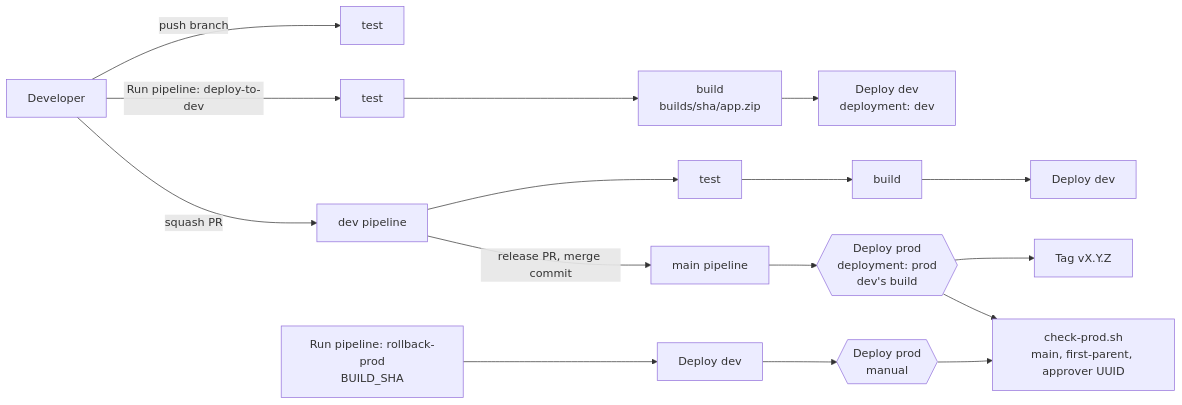
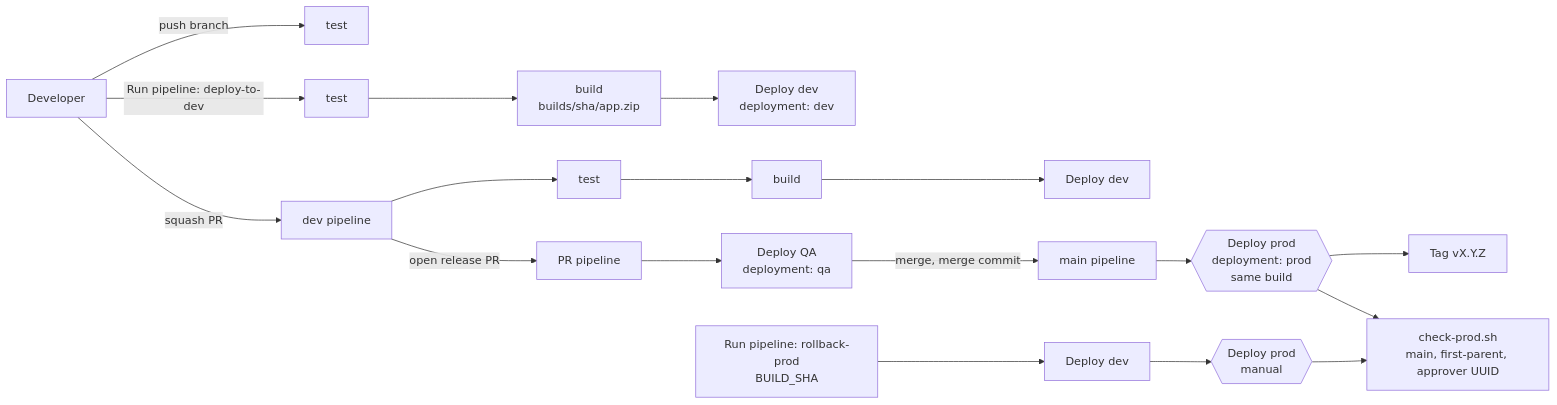
Before and after one commit to artyfartymarty/aws-cicd-pipeline: the first of 2 diagrams in docs/vault/Yield work pattern.md, drawn with Mermaid. The commit also changed other lines of this file and 21 other files, not shown here.

First line of the commit message:
Add a QA environment that release PRs deploy before prod

````diff
--- a/docs/vault/Yield work pattern.md
+++ b/docs/vault/Yield work pattern.md
@@ -22,10 +23,11 @@
 ```mermaid
 flowchart LR
   dev[Developer] -->|push branch| t[test]
   dev -->|Run pipeline: deploy-to-dev| t2[test] --> b[build<br/>builds/sha/app.zip] --> d[Deploy dev<br/>deployment: dev]
   dev -->|squash PR| dp[dev pipeline] --> t3[test] --> b2[build] --> d2[Deploy dev]
-  dp -->|release PR, merge commit| m[main pipeline] --> p{{Deploy prod<br/>deployment: prod<br/>dev's build}} --> tg[Tag vX.Y.Z]
+  dp -->|open release PR| q[PR pipeline] --> dq[Deploy QA<br/>deployment: qa]
+  dq -->|merge, merge commit| m[main pipeline] --> p{{Deploy prod<br/>deployment: prod<br/>same build}} --> tg[Tag vX.Y.Z]
   rel[Run pipeline: rollback-prod<br/>BUILD_SHA] --> d3[Deploy dev] --> p2{{Deploy prod<br/>manual}}
   p --> chk[check-prod.sh<br/>main, first-parent, approver UUID]
   p2 --> chk
 ```
````
